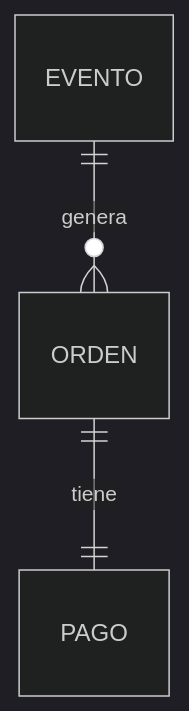
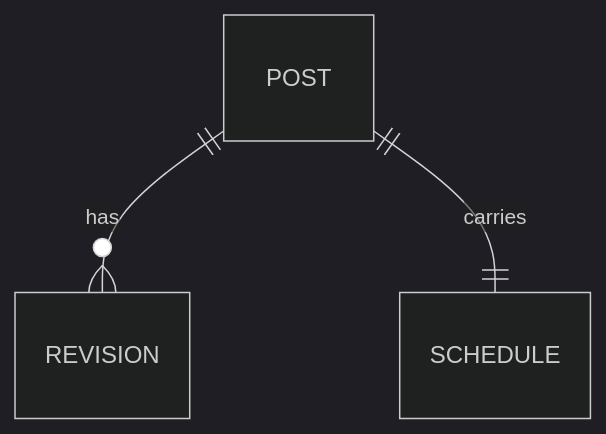
One commit to samosunaz/agent-skills changed the second of 3 diagrams in plugins/samuel/reference/feature-dossier.md. Above: the diagram before and after it, drawn with Mermaid (dark theme). The commit also changed other lines of this file and 19 other files, not shown here.

````diff
--- a/plugins/samuel/reference/feature-dossier.md
+++ b/plugins/samuel/reference/feature-dossier.md
@@ -104,5 +104,5 @@
 ```mermaid
 erDiagram
-    EVENTO ||--o{ ORDEN : genera
-    ORDEN ||--|| PAGO : tiene
+    POST ||--o{ REVISION : has
+    POST ||--|| SCHEDULE : carries
 ```
````
